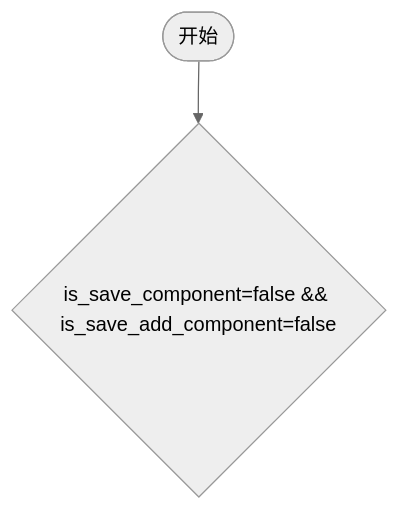
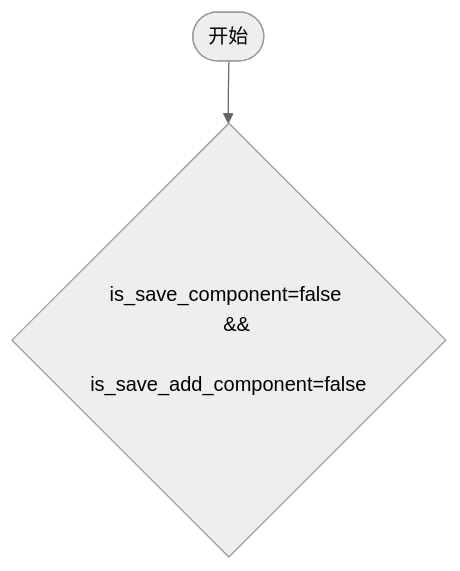
The diagram in all/未命名-7.md (yingjianzh/iodraw-files), drawn with Mermaid (neutral theme) before and after one commit.

Commit message:
2024-10-12 13:47:06 update

````diff
--- a/all/未命名-7.md
+++ b/all/未命名-7.md
@@ -1,6 +1,8 @@
 ```mermaid
 flowchart TD
-    A([开始]) --> B{is_save_component=false && is_save_add_component=false}
+    A([开始]) --> B{is_save_component=false 
+    && 
+    is_save_add_component=false}
     
 
 ```
````
